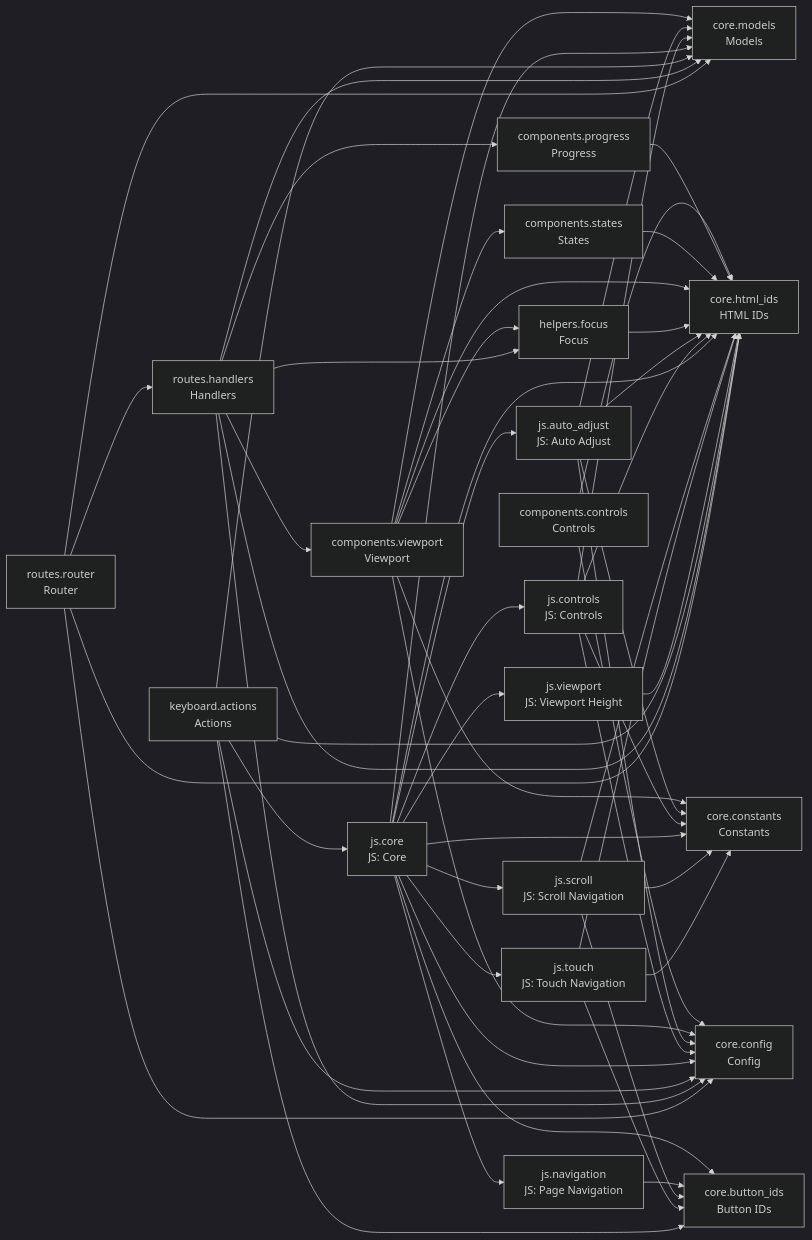
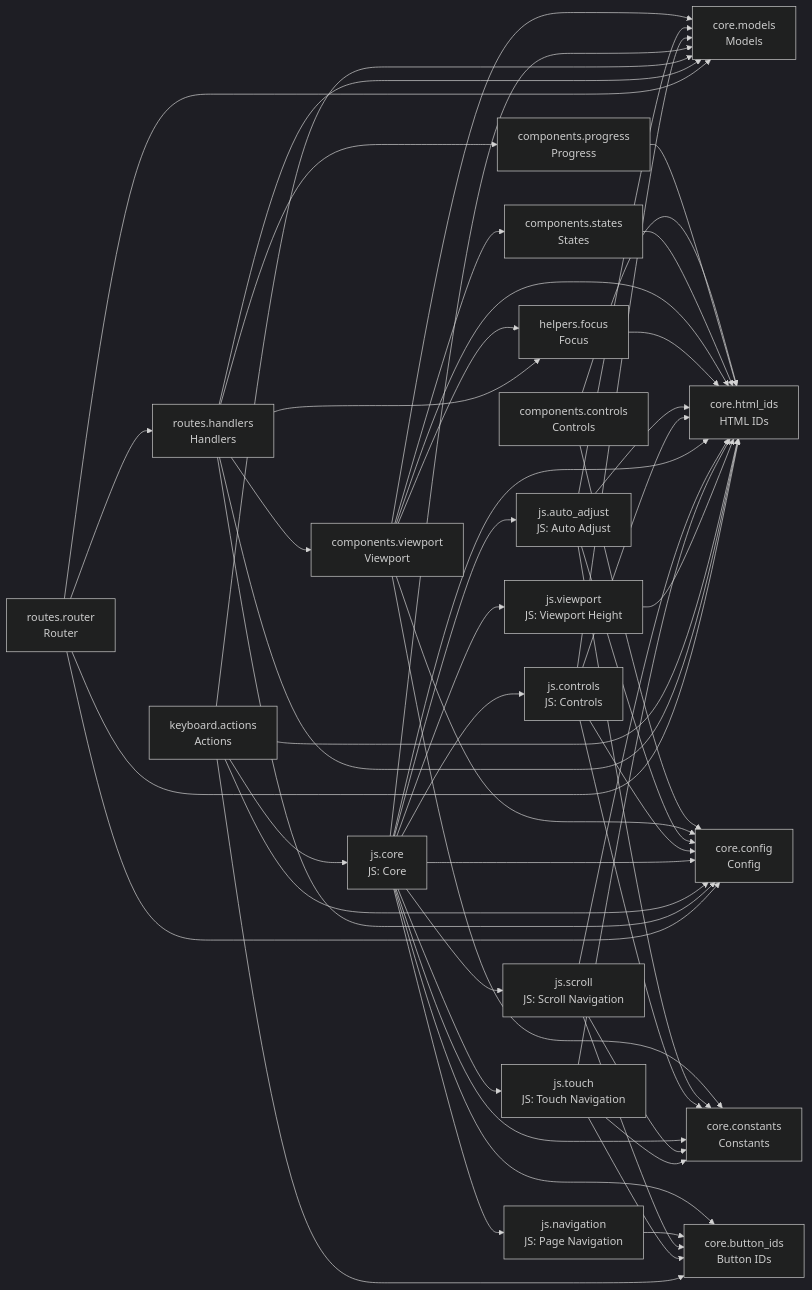
One commit to cj-mills/cjm-fasthtml-card-stack changed the diagram in README.md. Above: the diagram before and after it, drawn with Mermaid (dark theme). The commit also changed other lines of this file and 3 other files, not shown here.

````diff
--- a/README.md
+++ b/README.md
@@ -46,77 +46,77 @@
 ``` mermaid
 graph LR
     components_controls[components.controls<br/>Controls]
     components_progress[components.progress<br/>Progress]
     components_states[components.states<br/>States]
     components_viewport[components.viewport<br/>Viewport]
     core_button_ids[core.button_ids<br/>Button IDs]
     core_config[core.config<br/>Config]
     core_constants[core.constants<br/>Constants]
     core_html_ids[core.html_ids<br/>HTML IDs]
     core_models[core.models<br/>Models]
     helpers_focus[helpers.focus<br/>Focus]
     js_auto_adjust[js.auto_adjust<br/>JS: Auto Adjust]
     js_controls[js.controls<br/>JS: Controls]
     js_core[js.core<br/>JS: Core]
     js_navigation[js.navigation<br/>JS: Page Navigation]
     js_scroll[js.scroll<br/>JS: Scroll Navigation]
     js_touch[js.touch<br/>JS: Touch Navigation]
     js_viewport[js.viewport<br/>JS: Viewport Height]
     keyboard_actions[keyboard.actions<br/>Actions]
     routes_handlers[routes.handlers<br/>Handlers]
     routes_router[routes.router<br/>Router]
 
     components_controls --> core_config
     components_controls --> core_html_ids
     components_progress --> core_html_ids
     components_states --> core_html_ids
     components_viewport --> core_models
     components_viewport --> helpers_focus
+    components_viewport --> core_config
+    components_viewport --> components_states
     components_viewport --> core_constants
-    components_viewport --> core_config
     components_viewport --> core_html_ids
-    components_viewport --> components_states
     helpers_focus --> core_html_ids
+    js_auto_adjust --> core_constants
+    js_auto_adjust --> core_models
+    js_auto_adjust --> core_config
     js_auto_adjust --> core_html_ids
-    js_auto_adjust --> core_models
-    js_auto_adjust --> core_constants
-    js_auto_adjust --> core_config
+    js_controls --> core_constants
+    js_controls --> core_models
+    js_controls --> core_config
     js_controls --> core_html_ids
-    js_controls --> core_models
-    js_controls --> core_constants
-    js_controls --> core_config
+    js_core --> js_scroll
+    js_core --> core_constants
     js_core --> core_models
+    js_core --> core_config
+    js_core --> js_viewport
     js_core --> core_button_ids
-    js_core --> core_constants
-    js_core --> js_scroll
+    js_core --> js_controls
+    js_core --> js_auto_adjust
     js_core --> js_touch
-    js_core --> js_controls
     js_core --> js_navigation
-    js_core --> core_config
     js_core --> core_html_ids
-    js_core --> js_auto_adjust
-    js_core --> js_viewport
     js_navigation --> core_button_ids
-    js_scroll --> core_button_ids
     js_scroll --> core_constants
     js_scroll --> core_html_ids
+    js_scroll --> core_button_ids
     js_touch --> core_constants
+    js_touch --> core_html_ids
     js_touch --> core_button_ids
-    js_touch --> core_html_ids
     js_viewport --> core_html_ids
+    keyboard_actions --> core_config
+    keyboard_actions --> js_core
     keyboard_actions --> core_button_ids
     keyboard_actions --> core_models
-    keyboard_actions --> js_core
-    keyboard_actions --> core_config
     keyboard_actions --> core_html_ids
+    routes_handlers --> components_viewport
     routes_handlers --> core_models
     routes_handlers --> helpers_focus
-    routes_handlers --> components_viewport
-    routes_handlers --> components_progress
     routes_handlers --> core_config
     routes_handlers --> core_html_ids
+    routes_handlers --> components_progress
     routes_router --> core_models
     routes_router --> routes_handlers
     routes_router --> core_config
     routes_router --> core_html_ids
 ```
````
